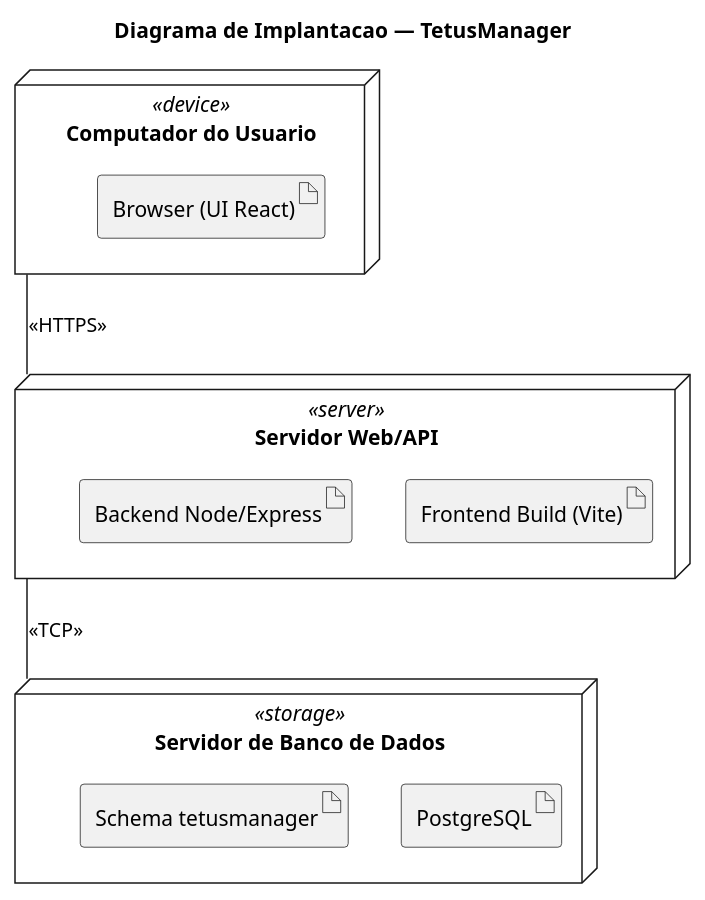
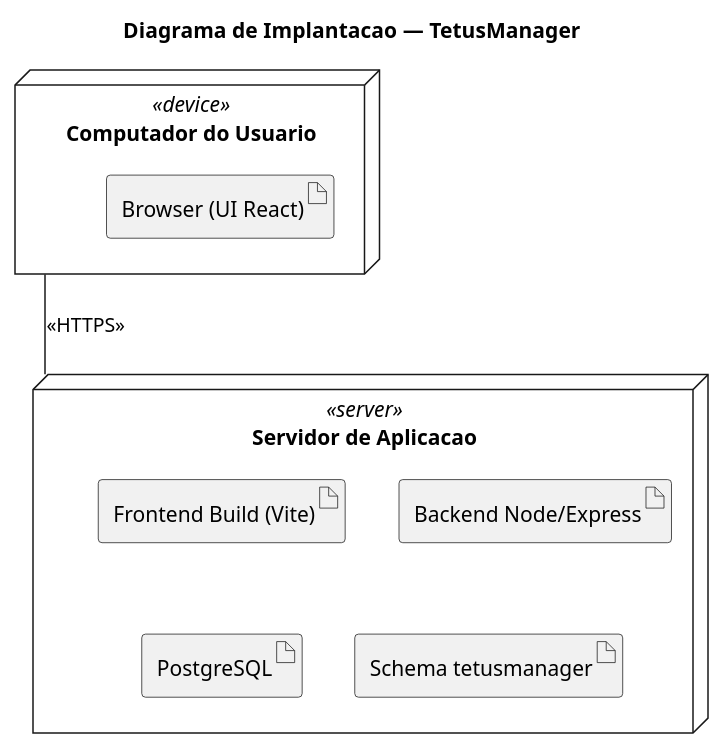
Before and after one commit to WlFerrari/TetusManager: the diagram in DIAGRAMA_IMPLANTACAO.md, drawn with PlantUML. The commit also changed other lines of this file and 3 other files, not shown here.

````diff
--- a/DIAGRAMA_IMPLANTACAO.md
+++ b/DIAGRAMA_IMPLANTACAO.md
@@ -3,23 +3,19 @@
 ```plantuml
 @startuml
 title Diagrama de Implantacao — TetusManager
 
 node "Computador do Usuario" <<device>> as Client {
   artifact "Browser (UI React)" as Browser
 }
 
-node "Servidor Web/API" <<server>> as AppServer {
+node "Servidor de Aplicacao" <<server>> as AppServer {
   artifact "Frontend Build (Vite)" as FrontendBuild
   artifact "Backend Node/Express" as BackendApp
-}
-
-node "Servidor de Banco de Dados" <<storage>> as DbServer {
   artifact "PostgreSQL" as Postgres
   artifact "Schema tetusmanager" as Schema
 }
 
 Client -- AppServer : <<HTTPS>>
-AppServer -- DbServer : <<TCP>>
 
 @enduml
 ```
````
